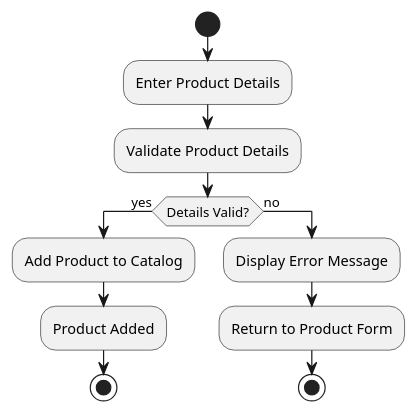
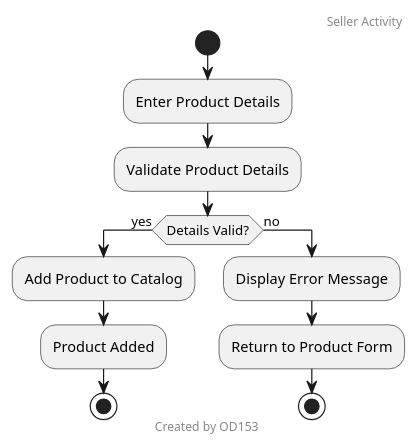
The diagram in uml/activity/seller-activities.puml (donassis/e-commerce), drawn with PlantUML before and after one commit. The commit also changed 91 other files, not shown here.

Commit message:
updated diagrams with headers and footers

```diff
--- a/uml/activity/seller-activities.puml
+++ b/uml/activity/seller-activities.puml
@@ -1,14 +1,16 @@
 @startuml
+header Seller Activity
+footer Created by OD153
 start
 :Enter Product Details;
 :Validate Product Details;
 if (Details Valid?) then (yes)
   :Add Product to Catalog;
   :Product Added;
   stop
 else (no)
   :Display Error Message;
   :Return to Product Form;
   stop
 endif
 @enduml
```
